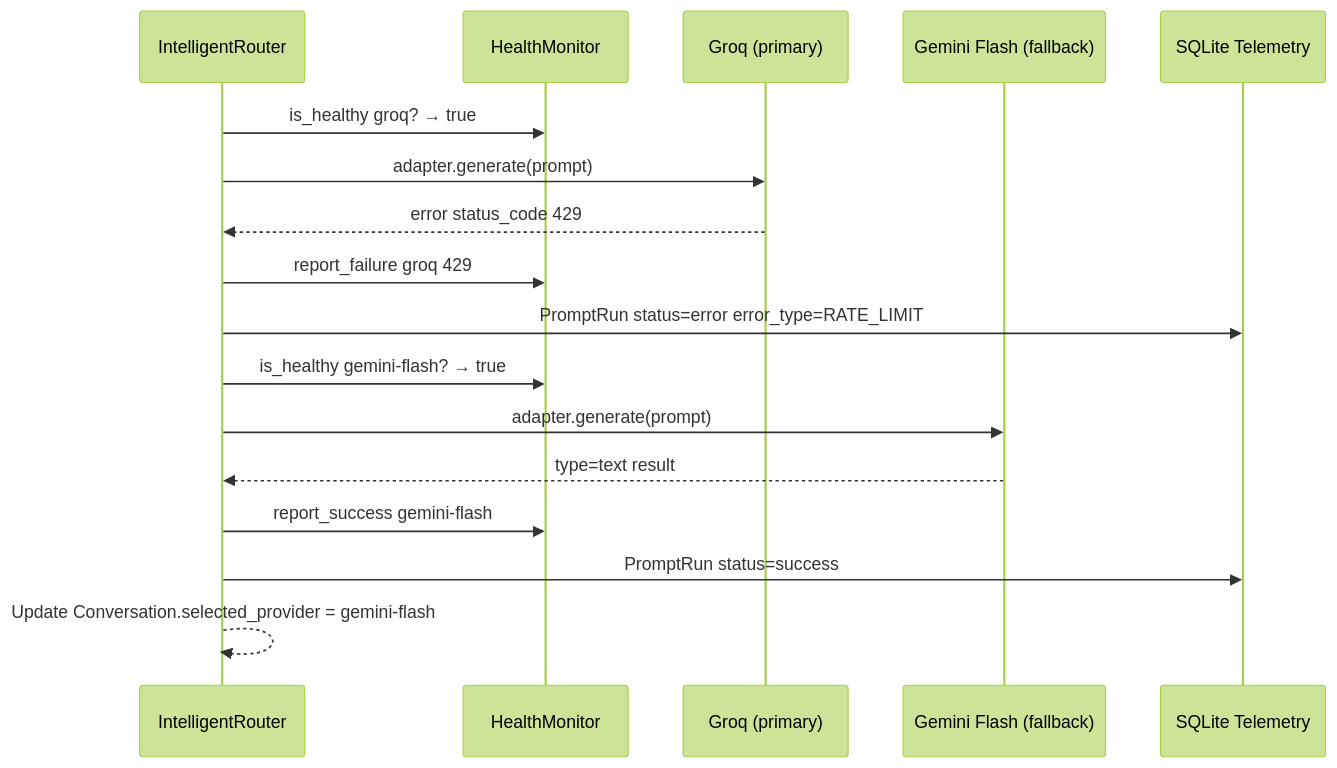
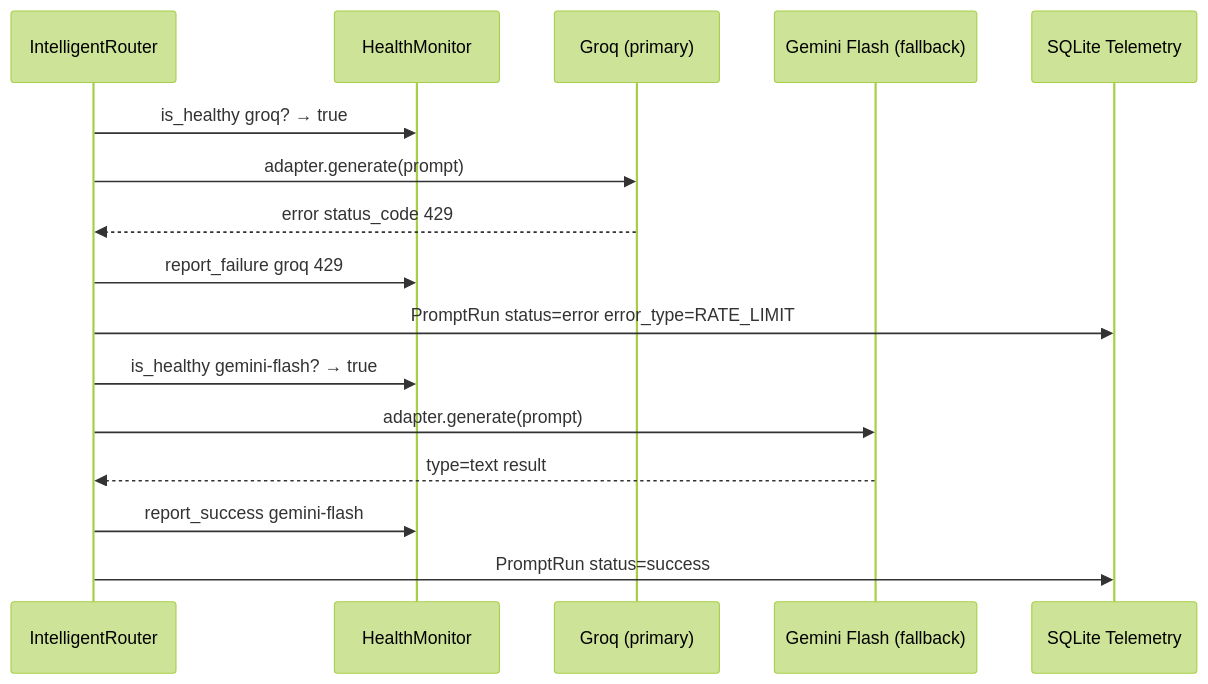
Before and after one commit to Ingenuity07/nomad-bot: diagram 11 of 11 in README.md, drawn with Mermaid (forest theme). The commit also changed other lines of this file, not shown here.

Commit message:
docs: update README.md to reflect prospecting-only architecture

````diff
--- a/README.md
+++ b/README.md
@@ -1062,21 +777,20 @@
 ```mermaid
 sequenceDiagram
     participant R as IntelligentRouter
     participant H as HealthMonitor
     participant G as Groq (primary)
     participant GF as Gemini Flash (fallback)
     participant DB as SQLite Telemetry
 
     R->>H: is_healthy groq? → true
     R->>G: adapter.generate(prompt)
     G-->>R: error status_code 429
     R->>H: report_failure groq 429
     R->>DB: PromptRun status=error error_type=RATE_LIMIT
 
     R->>H: is_healthy gemini-flash? → true
     R->>GF: adapter.generate(prompt)
     GF-->>R: type=text result
     R->>H: report_success gemini-flash
     R->>DB: PromptRun status=success
-    R-->>R: Update Conversation.selected_provider = gemini-flash
 ```
````
